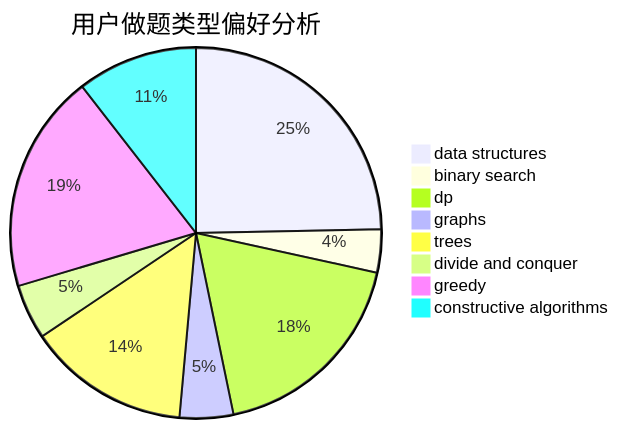
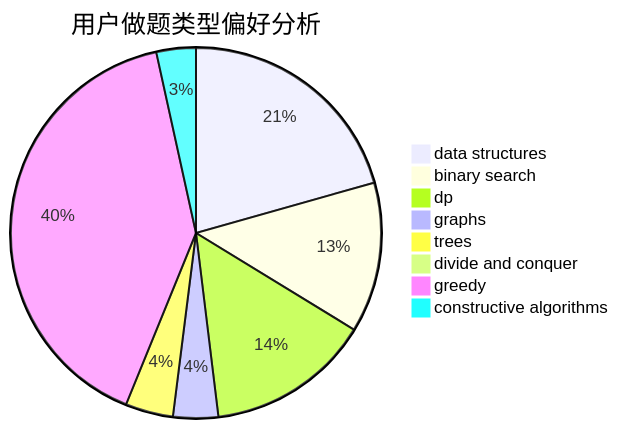
Before and after one commit to sherpahu/cfrs.github.io: the second of 3 diagrams in docs/user/u1021.md, drawn with Mermaid. The commit also changed other lines of this file and 2770 other files, not shown here.

````diff
--- a/docs/user/u1021.md
+++ b/docs/user/u1021.md
@@ -23,11 +23,11 @@
 ```mermaid
 pie title 用户做题类型偏好分析
-    "data structures" :  190
-    "binary search" :  29
-    "dp" :  141
-    "graphs" :  36
-    "trees" :  109
-    "divide and conquer" :  37
-    "greedy" :  147
-    "constructive algorithms" :  81
+    "data structures" :  341
+    "binary search" :  217
+    "dp" :  237
+    "graphs" :  65
+    "trees" :  69
+    "divide and conquer" :  0
+    "greedy" :  668
+    "constructive algorithms" :  57
 ```
````
